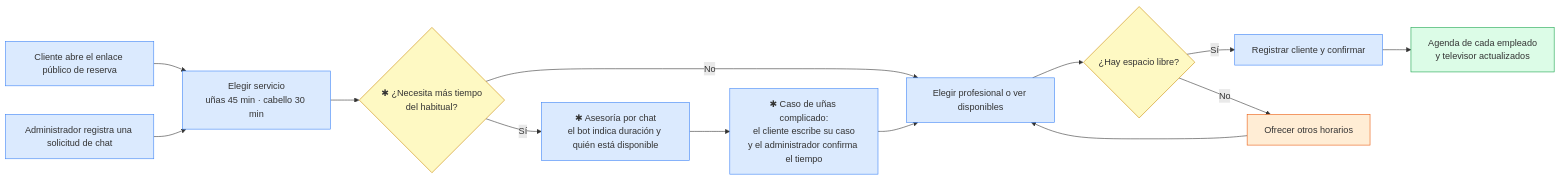
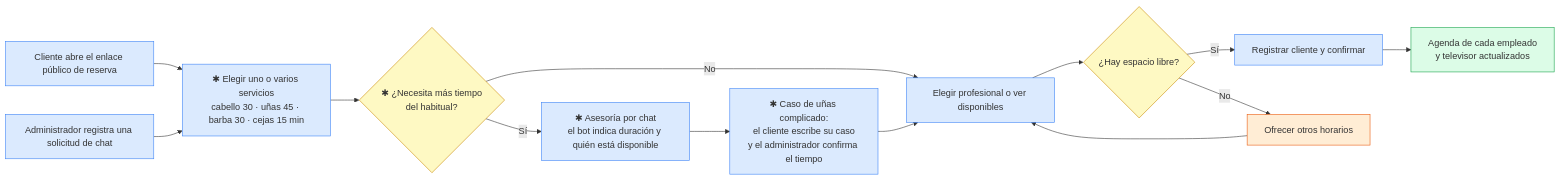
One commit to svzapatac/Citara changed the second of 8 diagrams in docs/flujos-por-modulo.md. Above: the diagram before and after it, drawn with Mermaid. The commit also changed other lines of this file and 7 other files, not shown here.

````diff
--- a/docs/flujos-por-modulo.md
+++ b/docs/flujos-por-modulo.md
@@ -34,23 +36,23 @@
 ```mermaid
 flowchart LR
-    A[Cliente abre el enlace público de reserva] --> B[Elegir servicio<br/>uñas 45 min · cabello 30 min]
+    A[Cliente abre el enlace público de reserva] --> B[✱ Elegir uno o varios servicios<br/>cabello 30 · uñas 45 · barba 30 · cejas 15 min]
     A2[Administrador registra una solicitud de chat] --> B
     B --> Q{✱ ¿Necesita más tiempo<br/>del habitual?}
     Q -- Sí --> AS[✱ Asesoría por chat<br/>el bot indica duración y quién está disponible]
     AS --> CF[✱ Caso de uñas complicado:<br/>el cliente escribe su caso<br/>y el administrador confirma el tiempo]
     Q -- No --> P[Elegir profesional o ver disponibles]
     CF --> P
     P --> D{¿Hay espacio libre?}
     D -- Sí --> R[Registrar cliente y confirmar]
     R --> G[Agenda de cada empleado<br/>y televisor actualizados]
     D -- No --> O[Ofrecer otros horarios]
     O --> P
     classDef paso fill:#dbeafe,stroke:#3b82f6
     classDef dec fill:#fef9c3,stroke:#ca8a04
     classDef ok fill:#dcfce7,stroke:#16a34a
     classDef exc fill:#ffedd5,stroke:#ea580c
     class A,A2,B,AS,CF,P,R paso
     class Q,D dec
     class G ok
     class O exc
 ```
````
